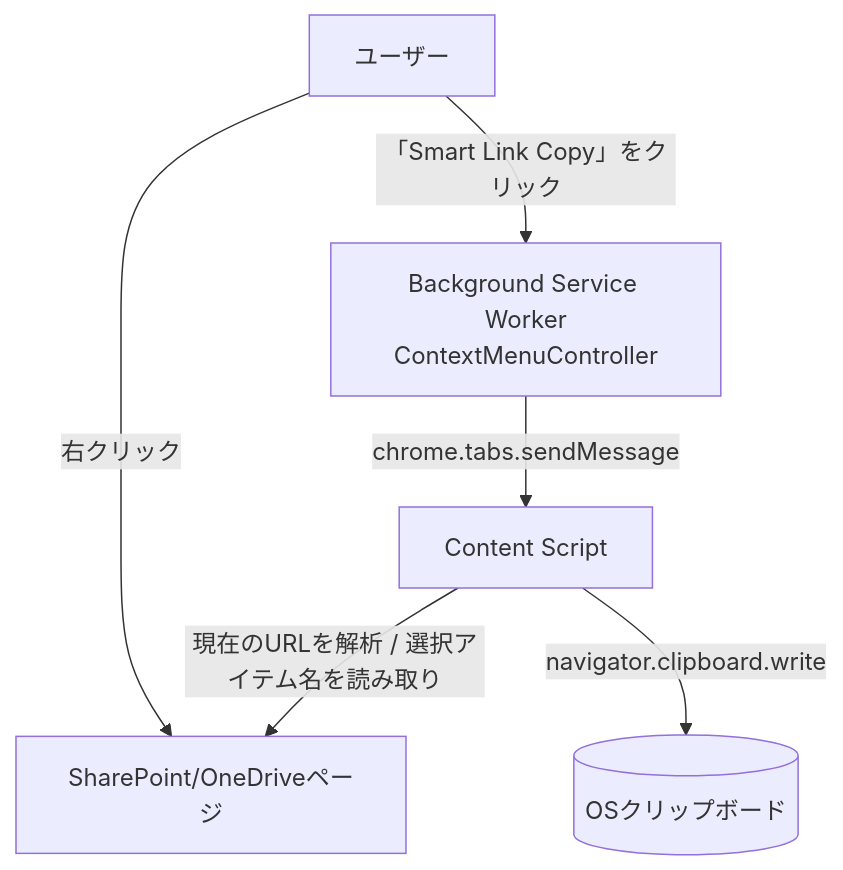
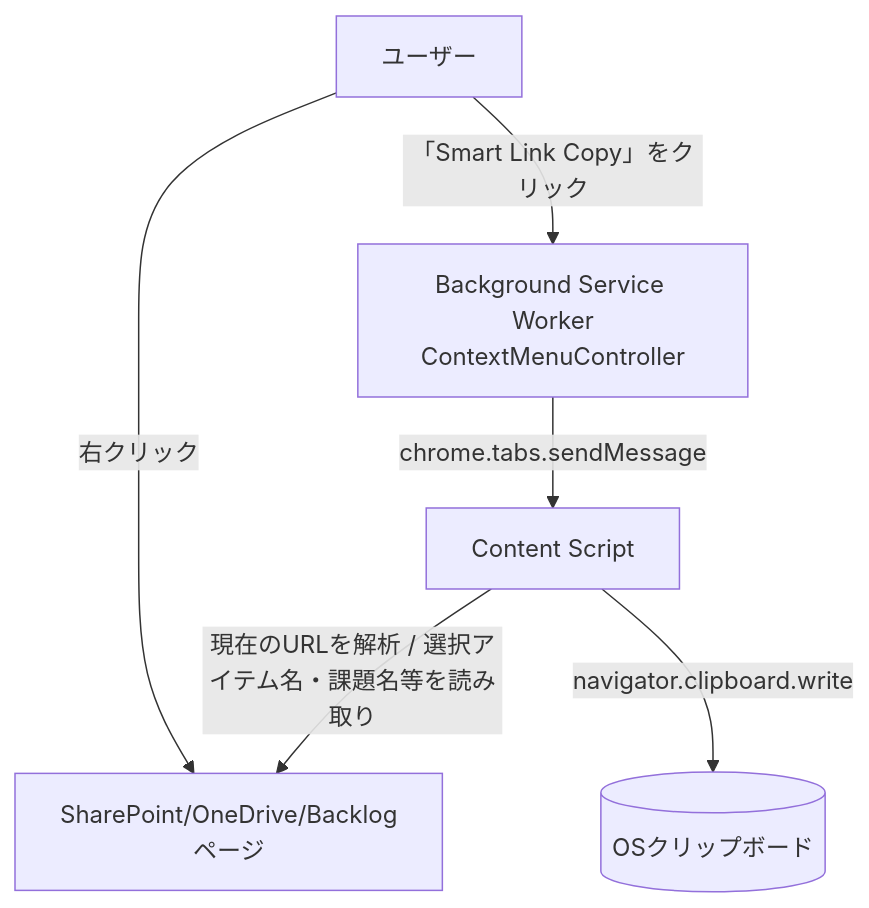
The first of 4 diagrams in docs/functional-design.md (codesmith/sharepoint-smart-link-copy), drawn with Mermaid before and after one commit. The commit also changed other lines of this file and 24 other files, not shown here.

````diff
--- a/docs/functional-design.md
+++ b/docs/functional-design.md
@@ -5,14 +5,14 @@
 ```mermaid
 graph TB
     User[ユーザー]
-    Page[SharePoint/OneDriveページ]
+    Page[SharePoint/OneDrive/Backlogページ]
     ContentScript[Content Script]
     Background[Background Service Worker<br/>ContextMenuController]
     Clipboard[(OSクリップボード)]
 
     User -->|右クリック| Page
     User -->|「Smart Link Copy」をクリック| Background
     Background -->|chrome.tabs.sendMessage| ContentScript
-    ContentScript -->|現在のURLを解析 / 選択アイテム名を読み取り| Page
+    ContentScript -->|現在のURLを解析 / 選択アイテム名・課題名等を読み取り| Page
     ContentScript -->|navigator.clipboard.write| Clipboard
 ```
````
